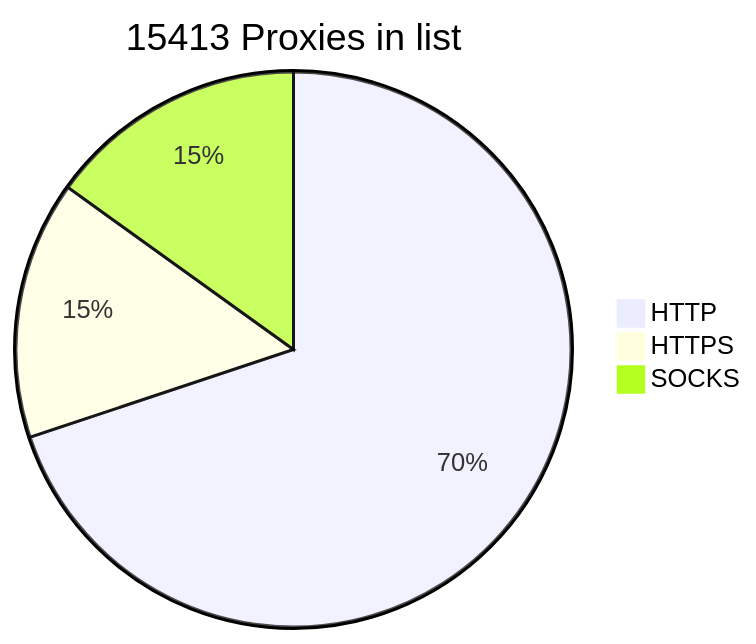
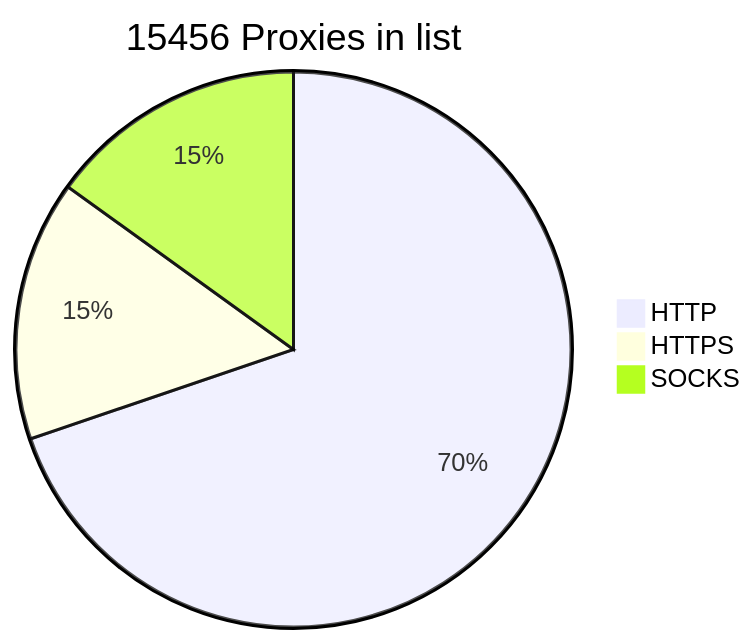
One commit to BlackSnowDot/proxylist-update-every-minute changed the diagram in README.md. Above: the diagram before and after it, drawn with Mermaid. The commit also changed other lines of this file, not shown here.

````diff
--- a/README.md
+++ b/README.md
@@ -2,6 +2,6 @@
 ```mermaid
-pie title 15413 Proxies in list
-    "HTTP" : 11280
-    "HTTPS": 2426
-    "SOCKS" : 2434
+pie title 15456 Proxies in list
+    "HTTP" : 11286
+    "HTTPS": 2451
+    "SOCKS" : 2435
 ```
````
